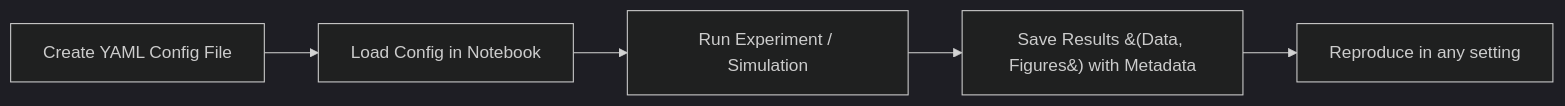
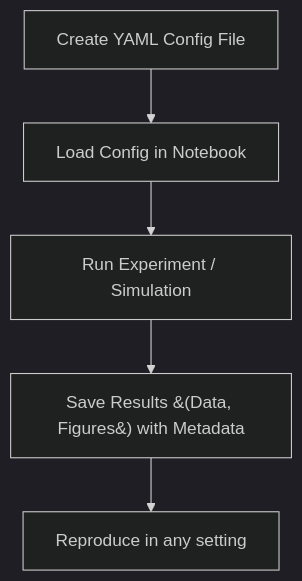
Before and after one commit to AnEvilBurrito/reproducible-scientific-notebook-template: the diagram in README.md, drawn with Mermaid (dark theme). The commit also changed other lines of this file, not shown here.

````diff
--- a/README.md
+++ b/README.md
@@ -11,7 +11,7 @@
 ```mermaid
-flowchart LR
+flowchart TD
     A[Create YAML Config File] --> B[Load Config in Notebook]
     B --> C[Run Experiment / Simulation]
     C --> D[Save Results &#40;Data, Figures&#41; with Metadata]
     D --> E[Reproduce in any setting]
 ```
````
